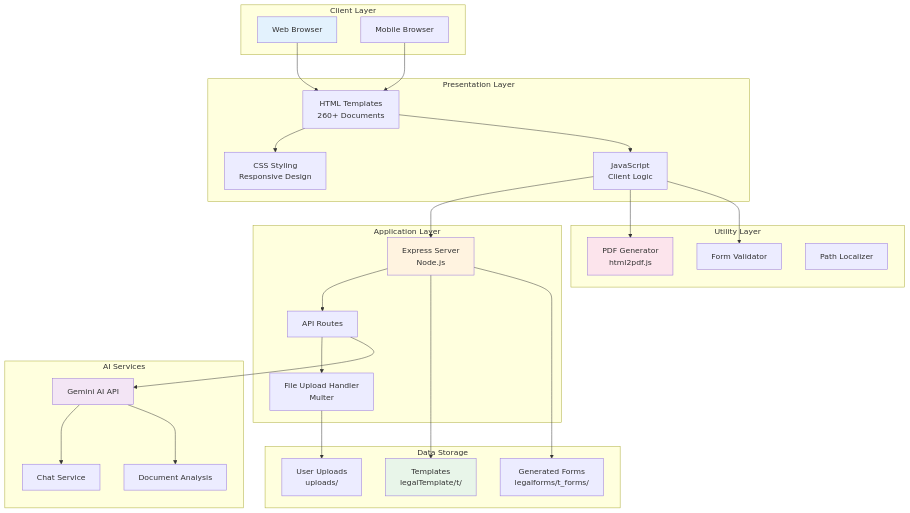
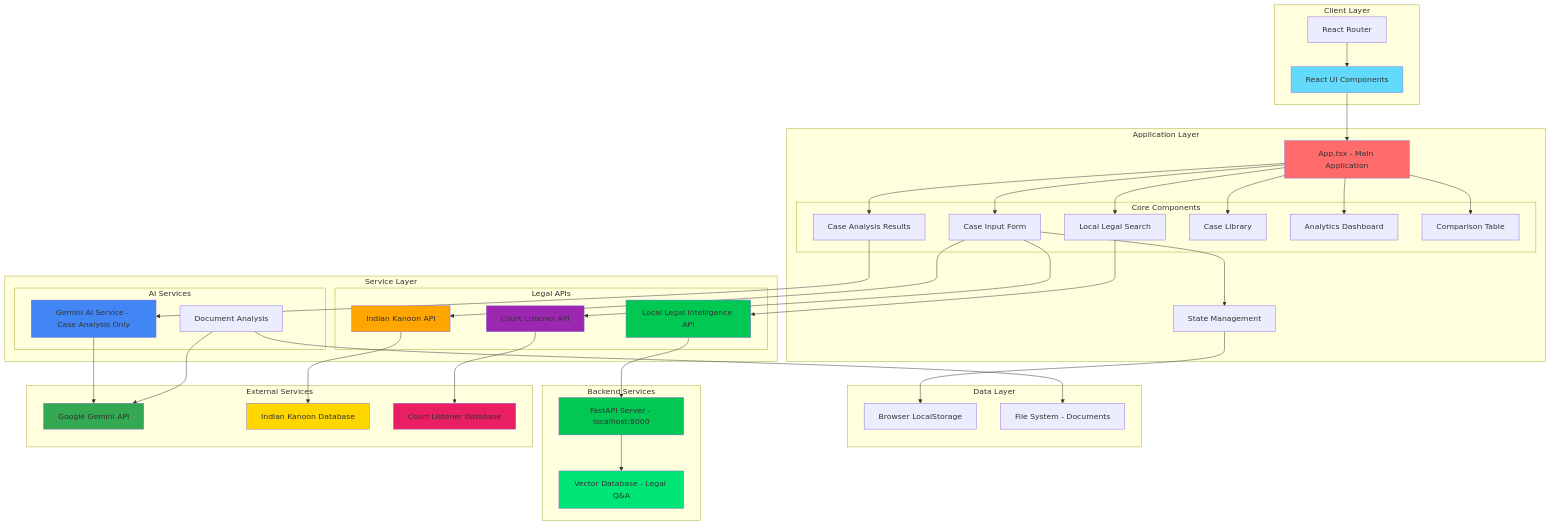
Before and after one commit to quantumNexus0/ai_legal_ecosystem: the first of 5 diagrams in README.md, drawn with Mermaid. The commit also changed other lines of this file, not shown here.

First line of the commit message:
Revamp README for AI Legal Ecosystem

````diff
--- a/README.md
+++ b/README.md
@@ -132,59 +108,89 @@
 ```mermaid
 graph TB
     subgraph "Client Layer"
-        A[Web Browser]
-        B[Mobile Browser]
+        UI[React UI Components]
+        Router[React Router]
     end
+
+    subgraph "Application Layer"
+        App[App.tsx - Main Application]
+        State[State Management]
+        
+        subgraph "Core Components"
+            CaseInput[Case Input Form]
+            CaseAnalysis[Case Analysis Results]
+            AIChat[Local Legal Search]
+            CaseLib[Case Library]
+            Analytics[Analytics Dashboard]
+            Comparison[Comparison Table]
+        end
+    end
+
+    subgraph "Service Layer"
+        subgraph "AI Services"
+            Gemini[Gemini AI Service - Case Analysis Only]
+            DocAnalysis[Document Analysis]
+        end
+        
+        subgraph "Legal APIs"
+            LocalAPI[Local Legal Intelligence API]
+            IndianK[Indian Kanoon API]
+            CourtL[Court Listener API]
+        end
+    end
+
+    subgraph "Data Layer"
+        LocalStorage[Browser LocalStorage]
+        FileSystem[File System - Documents]
+    end
+
+    subgraph "Backend Services"
+        LocalServer[FastAPI Server - localhost:8000]
+        VectorDB[Vector Database - Legal Q&A]
+    end
+
+    subgraph "External Services"
+        GeminiAPI[Google Gemini API]
+        IKAPI[Indian Kanoon Database]
+        CLAPI[Court Listener Database]
+    end
+
+    UI --> App
+    Router --> UI
+    App --> CaseInput
+    App --> CaseAnalysis
+    App --> AIChat
+    App --> CaseLib
+    App --> Analytics
+    App --> Comparison
     
-    subgraph "Presentation Layer"
-        C[HTML Templates<br/>260+ Documents]
-        D[CSS Styling<br/>Responsive Design]
-        E[JavaScript<br/>Client Logic]
-    end
+    CaseInput --> State
+    CaseAnalysis --> Gemini
+    AIChat --> LocalAPI
     
-    subgraph "Application Layer"
-        F[Express Server<br/>Node.js]
-        G[API Routes]
-        H[File Upload Handler<br/>Multer]
-    end
+    LocalAPI --> LocalServer
+    LocalServer --> VectorDB
     
-    subgraph "AI Services"
-        I[Gemini AI API]
-        J[Chat Service]
-        K[Document Analysis]
-    end
+    Gemini --> GeminiAPI
+    DocAnalysis --> GeminiAPI
     
-    subgraph "Data Storage"
-        L[Templates<br/>legalTemplate/t/]
-        M[Generated Forms<br/>legalforms/t_forms/]
-        N[User Uploads<br/>uploads/]
-    end
+    CaseInput --> IndianK
+    CaseInput --> CourtL
+    IndianK --> IKAPI
+    CourtL --> CLAPI
     
-    subgraph "Utility Layer"
-        O[PDF Generator<br/>html2pdf.js]
-        P[Form Validator]
-        Q[Path Localizer]
-    end
+    State --> LocalStorage
+    DocAnalysis --> FileSystem
     
-    A --> C
-    B --> C
-    C --> D
-    C --> E
-    E --> F
-    F --> G
-    G --> H
-    G --> I
-    I --> J
-    I --> K
-    F --> L
-    F --> M
-    H --> N
-    E --> O
-    E --> P
-    
-    style A fill:#e3f2fd
-    style F fill:#fff3e0
-    style I fill:#f3e5f5
-    style L fill:#e8f5e9
-    style O fill:#fce4ec
+    style UI fill:#61DAFB
+    style App fill:#FF6B6B
+    style Gemini fill:#4285F4
+    style LocalAPI fill:#00C853
+    style LocalServer fill:#00C853
+    style VectorDB fill:#00E676
+    style IndianK fill:#FFA500
+    style CourtL fill:#9C27B0
+    style GeminiAPI fill:#34A853
+    style IKAPI fill:#FFD700
+    style CLAPI fill:#E91E63
 ```
````
